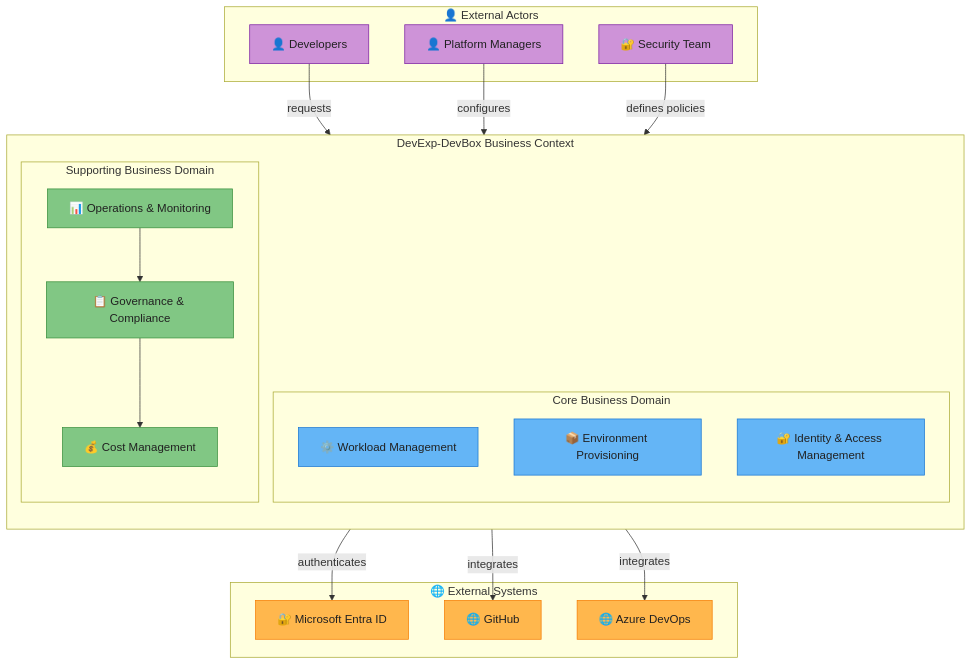
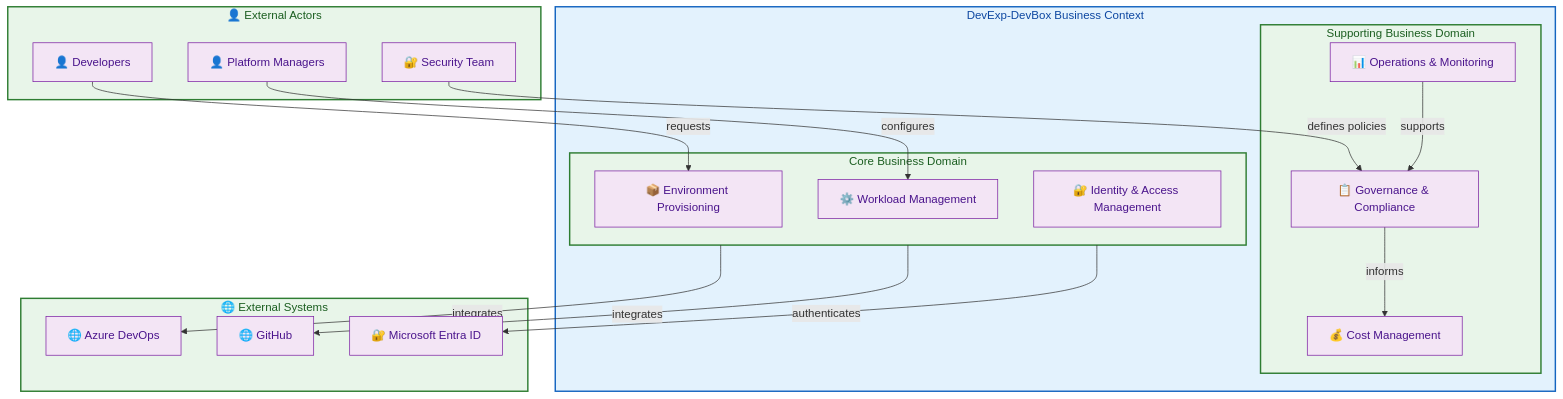
The first of 5 diagrams in docs/architecture/Business.md (Evilazaro/DevExp-DevBox), drawn with Mermaid before and after one commit. The commit also changed other lines of this file, not shown here.

Commit message:
docs: refine Business Architecture diagrams with improved clarity, consistent naming, and enhanced styling

````diff
--- a/docs/architecture/Business.md
+++ b/docs/architecture/Business.md
@@ -68,52 +68,49 @@
 ```mermaid
 flowchart TB
-    direction TB
-
-    subgraph externalActors["👤 External Actors"]
-        developers["👤 Developers"]
-        platformManagers["👤 Platform Managers"]
-        securityTeam["🔐 Security Team"]
+    subgraph ExternalActors["👤 External Actors"]
+        DEV["👤 Developers"]
+        PM["👤 Platform Managers"]
+        SEC["🔐 Security Team"]
     end
 
-    subgraph businessContext["DevExp-DevBox Business Context"]
-        direction TB
-        subgraph coreBusiness["Core Business Domain"]
-            workloadMgmt["⚙️ Workload Management"]
-            envProvisioning["📦 Environment Provisioning"]
-            identityAccess["🔐 Identity & Access Management"]
+    subgraph BusinessContext["DevExp-DevBox Business Context"]
+        subgraph CoreBusiness["Core Business Domain"]
+            WM["⚙️ Workload Management"]
+            EP["📦 Environment Provisioning"]
+            IAM["🔐 Identity & Access Management"]
         end
 
-        subgraph supportingBusiness["Supporting Business Domain"]
-            governance["📋 Governance & Compliance"]
-            costMgmt["💰 Cost Management"]
-            operations["📊 Operations & Monitoring"]
+        subgraph SupportingBusiness["Supporting Business Domain"]
+            GOV["📋 Governance & Compliance"]
+            CM["💰 Cost Management"]
+            OPS["📊 Operations & Monitoring"]
         end
     end
 
-    subgraph externalSystems["🌐 External Systems"]
-        entraId["🔐 Microsoft Entra ID"]
-        github["🌐 GitHub"]
-        azureDevOps["🌐 Azure DevOps"]
+    subgraph ExternalSystems["🌐 External Systems"]
+        ENTRA["🔐 Microsoft Entra ID"]
+        GH["🌐 GitHub"]
+        ADO["🌐 Azure DevOps"]
     end
 
-    developers -->|"requests"| envProvisioning
-    platformManagers -->|"configures"| workloadMgmt
-    securityTeam -->|"defines policies"| governance
+    DEV -->|"requests"| EP
+    PM -->|"configures"| WM
+    SEC -->|"defines policies"| GOV
 
-    coreBusiness -->|"authenticates"| entraId
-    coreBusiness -->|"integrates"| github
-    coreBusiness -->|"integrates"| azureDevOps
+    CoreBusiness -->|"authenticates"| ENTRA
+    CoreBusiness -->|"integrates"| GH
+    CoreBusiness -->|"integrates"| ADO
 
-    governance --> costMgmt
-    operations --> governance
+    GOV -->|"informs"| CM
+    OPS -->|"supports"| GOV
 
-    classDef actor fill:#CE93D8,stroke:#7B1FA2,color:#212121
-    classDef coreDomain fill:#64B5F6,stroke:#1976D2,color:#212121
-    classDef supportDomain fill:#81C784,stroke:#388E3C,color:#212121
-    classDef external fill:#FFB74D,stroke:#F57C00,color:#212121
+    %% Style Definitions
+    classDef L0 fill:#E3F2FD,stroke:#1565C0,stroke-width:2px,color:#0D47A1
+    classDef L1 fill:#E8F5E9,stroke:#2E7D32,stroke-width:2px,color:#1B5E20
+    classDef L2 fill:#FFF3E0,stroke:#EF6C00,stroke-width:1px,color:#E65100
+    classDef L3 fill:#F3E5F5,stroke:#7B1FA2,stroke-width:1px,color:#4A148C
 
-    class developers,platformManagers,securityTeam actor
-    class workloadMgmt,envProvisioning,identityAccess coreDomain
-    class governance,costMgmt,operations supportDomain
-    class entraId,github,azureDevOps external
+    class BusinessContext L0
+    class ExternalActors,CoreBusiness,SupportingBusiness,ExternalSystems L1
+    class DEV,PM,SEC,WM,EP,IAM,GOV,CM,OPS,ENTRA,GH,ADO L3
 ```
````
